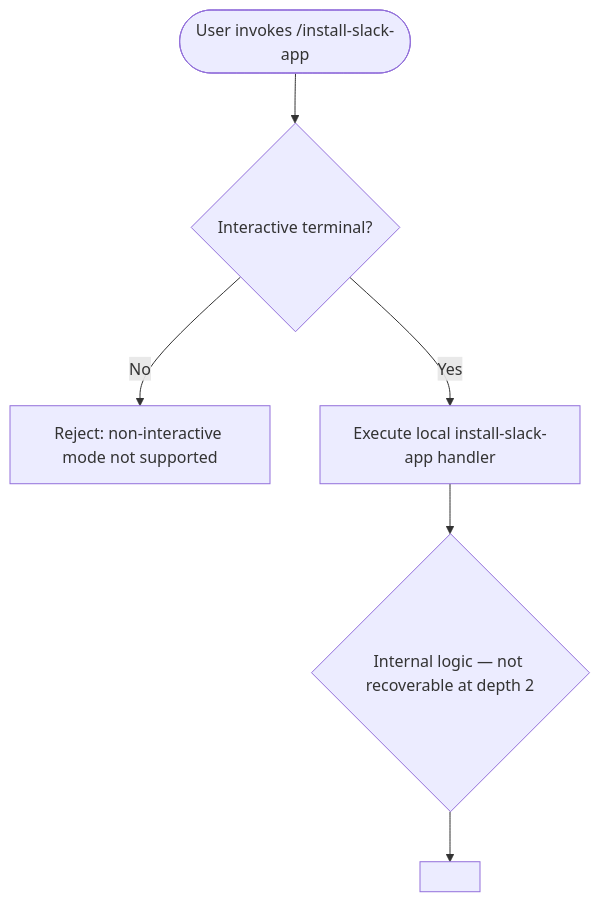
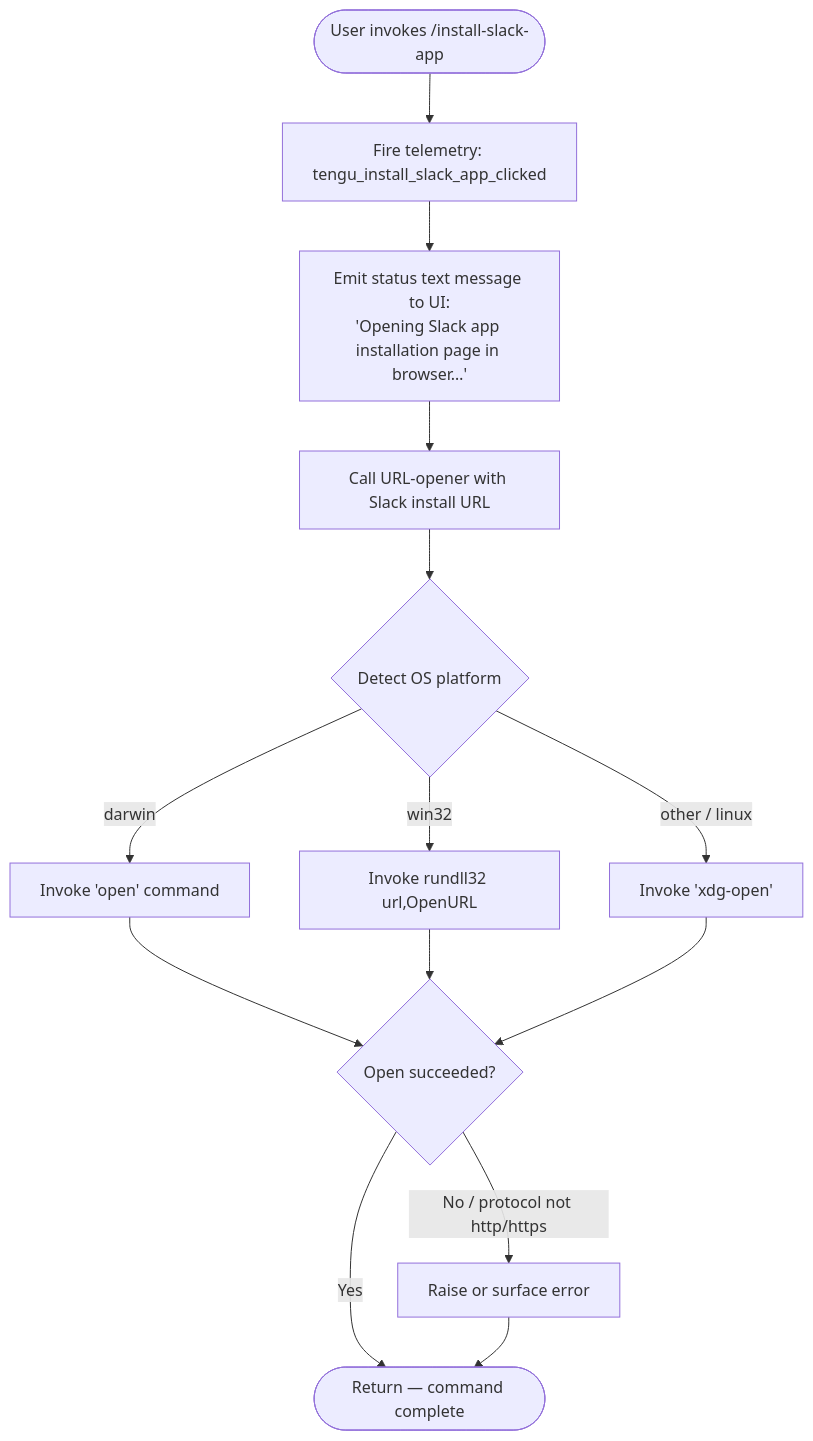
One commit to MyLittleLuckyDog/cc-gnothi changed the diagram in versions/v2.1.148/install-slack-app.md. Above: the diagram before and after it, drawn with Mermaid. The commit also changed other lines of this file and 496 other files, not shown here.

````diff
--- a/versions/v2.1.148/install-slack-app.md
+++ b/versions/v2.1.148/install-slack-app.md
@@ -54,8 +55,16 @@
 ```mermaid
 flowchart TD
-    A([User invokes /install-slack-app]) --> B{Interactive terminal?}
-    B -- No --> C[Reject: non-interactive mode not supported]
-    B -- Yes --> D[Execute local install-slack-app handler]
-    D --> E{Internal logic — not recoverable at depth 2}
-    E --> F[<!-- TODO: needs --depth 4 -->]
+    A([User invokes /install-slack-app]) --> B[Fire telemetry: tengu_install_slack_app_clicked]
+    B --> C[Emit status text message to UI:\n'Opening Slack app installation page in browser…']
+    C --> D[Call URL-opener with Slack install URL]
+    D --> E{Detect OS platform}
+    E -->|darwin| F[Invoke 'open' command]
+    E -->|win32| G[Invoke rundll32 url,OpenURL]
+    E -->|other / linux| H[Invoke 'xdg-open']
+    F --> I{Open succeeded?}
+    G --> I
+    H --> I
+    I -->|Yes| J([Return — command complete])
+    I -->|No / protocol not http/https| K[Raise or surface error]
+    K --> J
 ```
````
